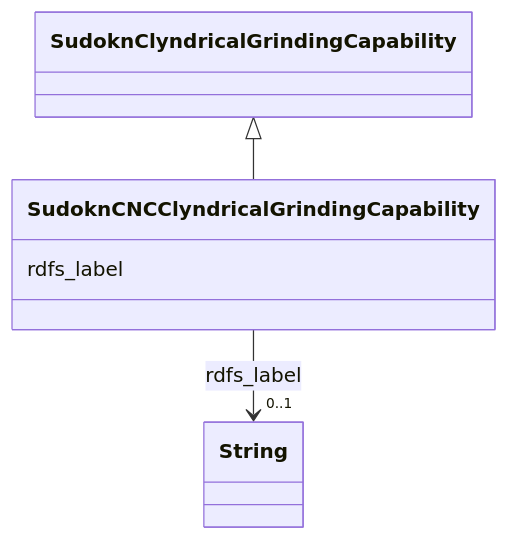
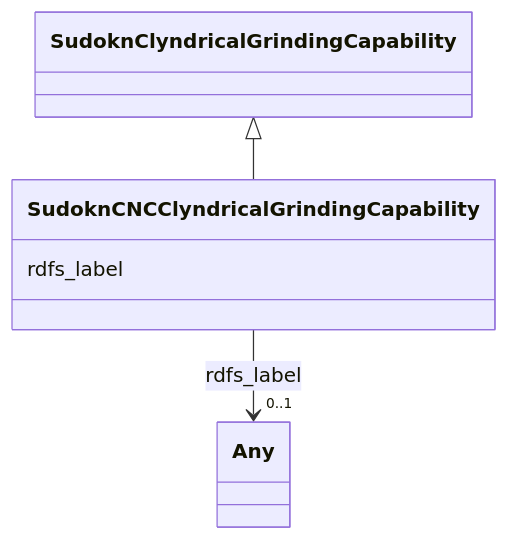
The diagram in sudokn-kg/classes/SudoknCNCClyndricalGrindingCapability.md (frink-okn/graph-descriptions), drawn with Mermaid before and after one commit. The commit also changed other lines of this file and 903 other files, not shown here.

````diff
--- a/sudokn-kg/classes/SudoknCNCClyndricalGrindingCapability.md
+++ b/sudokn-kg/classes/SudoknCNCClyndricalGrindingCapability.md
@@ -23,18 +16,18 @@
 ```mermaid
  classDiagram
     class SudoknCNCClyndricalGrindingCapability
     click SudoknCNCClyndricalGrindingCapability href "../SudoknCNCClyndricalGrindingCapability"
       SudoknClyndricalGrindingCapability <|-- SudoknCNCClyndricalGrindingCapability
         click SudoknClyndricalGrindingCapability href "../SudoknClyndricalGrindingCapability"
       
       SudoknCNCClyndricalGrindingCapability : rdfs_label
         
           
     
     
-    SudoknCNCClyndricalGrindingCapability --> "0..1" String : rdfs_label
-    click String href "../String"
+    SudoknCNCClyndricalGrindingCapability --> "0..1" Any : rdfs_label
+    click Any href "../Any"
 
         
       
 ```
````
